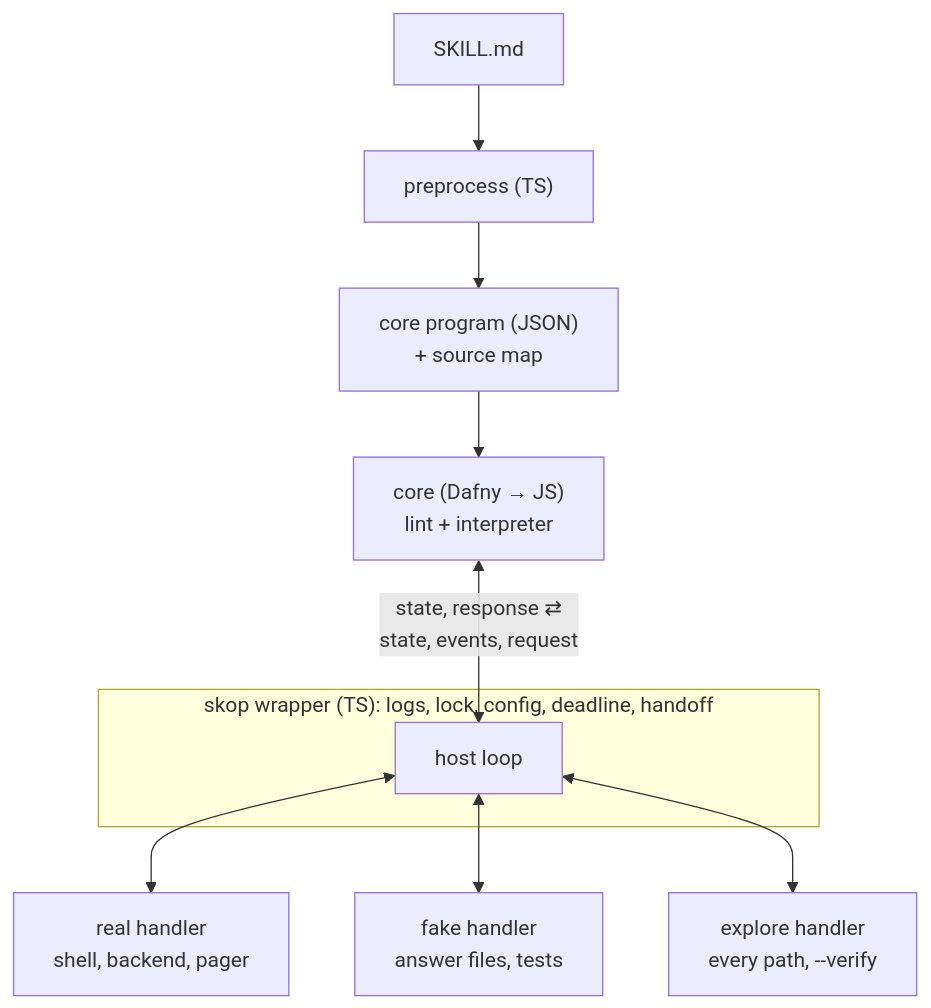
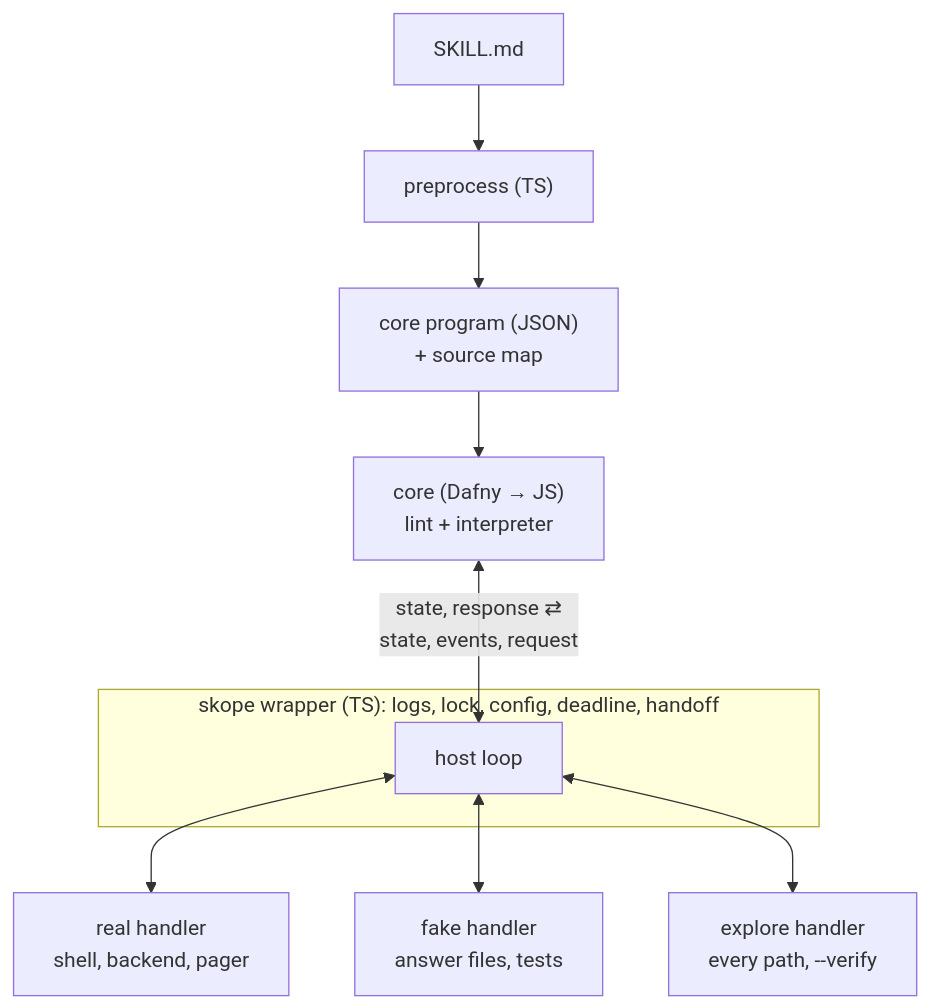
Before and after one commit to mattyv/skope: the first of 7 diagrams in SPEC.md, drawn with Mermaid. The commit also changed other lines of this file and 113 other files, not shown here.

````diff
--- a/SPEC.md
+++ b/SPEC.md
@@ -70,13 +70,13 @@
 ```mermaid
 flowchart TD
   md["SKILL.md"] --> pre["preprocess (TS)"]
   pre --> json["core program (JSON)<br/>+ source map"]
   json --> core["core (Dafny → JS)<br/>lint + interpreter"]
-  subgraph skop["skop wrapper (TS): logs, lock, config, deadline, handoff"]
+  subgraph skope["skope wrapper (TS): logs, lock, config, deadline, handoff"]
     loop["host loop"]
   end
   core <-->|"state, response ⇄<br/>state, events, request"| loop
   loop <--> real["real handler<br/>shell, backend, pager"]
   loop <--> fake["fake handler<br/>answer files, tests"]
   loop <--> explore["explore handler<br/>every path, --verify"]
 ```
````
